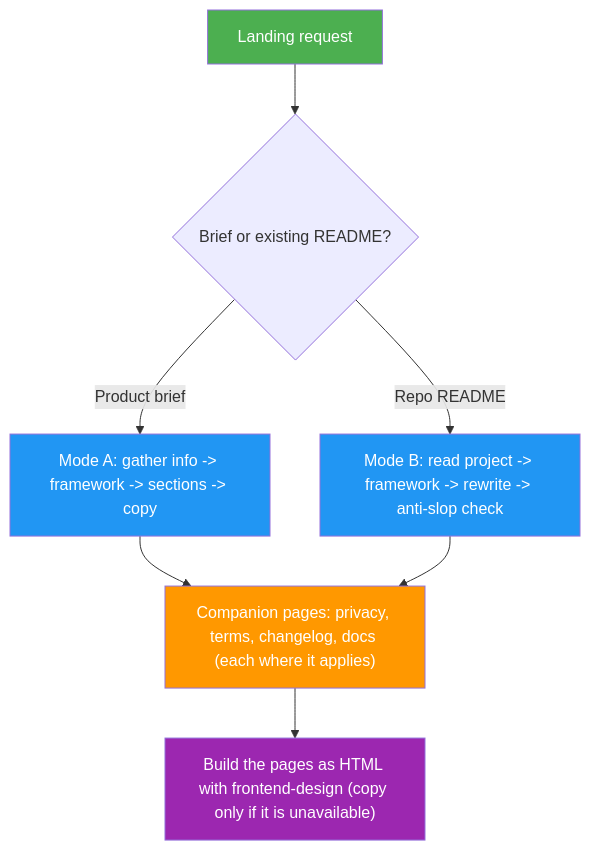
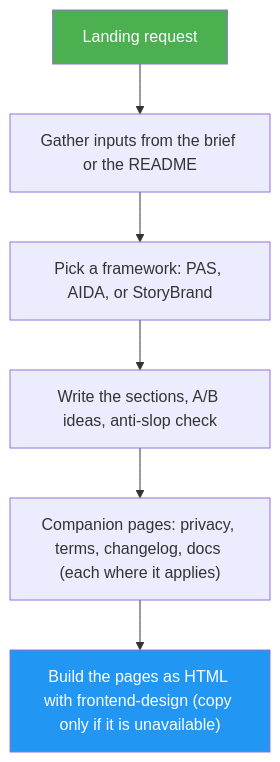
Before and after one commit to luongnv89/skills: the diagram in meta/landing-page-generator/docs/README.md, drawn with Mermaid. The commit also changed other lines of this file and 42 other files, not shown here.

````diff
--- a/meta/landing-page-generator/docs/README.md
+++ b/meta/landing-page-generator/docs/README.md
@@ -44,14 +43,10 @@
 ```mermaid
 graph TD
-    A["Landing request"] --> M{"Brief or existing README?"}
-    M -->|Product brief| B["Mode A: gather info -> framework -> sections -> copy"]
-    M -->|Repo README| C["Mode B: read project -> framework -> rewrite -> anti-slop check"]
-    B --> P["Companion pages: privacy, terms, changelog, docs (each where it applies)"]
-    C --> P
+    A["Landing request"] --> B["Gather inputs from the brief or the README"]
+    B --> C["Pick a framework: PAS, AIDA, or StoryBrand"]
+    C --> D["Write the sections, A/B ideas, anti-slop check"]
+    D --> P["Companion pages: privacy, terms, changelog, docs (each where it applies)"]
     P --> H["Build the pages as HTML with frontend-design (copy only if it is unavailable)"]
     style A fill:#4CAF50,color:#fff
-    style B fill:#2196F3,color:#fff
-    style C fill:#2196F3,color:#fff
-    style P fill:#FF9800,color:#fff
-    style H fill:#9C27B0,color:#fff
+    style H fill:#2196F3,color:#fff
 ```
````
